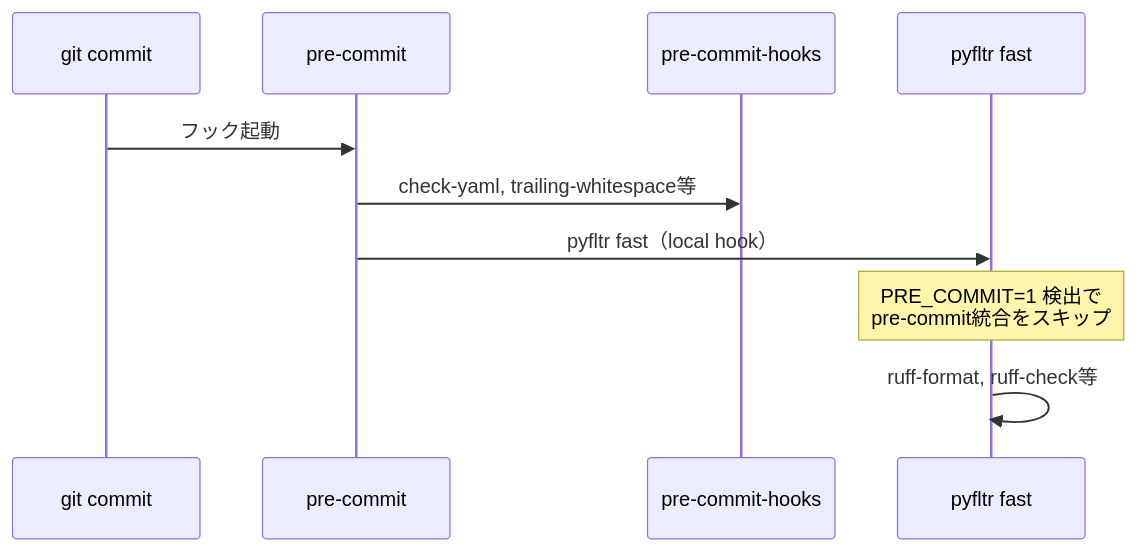
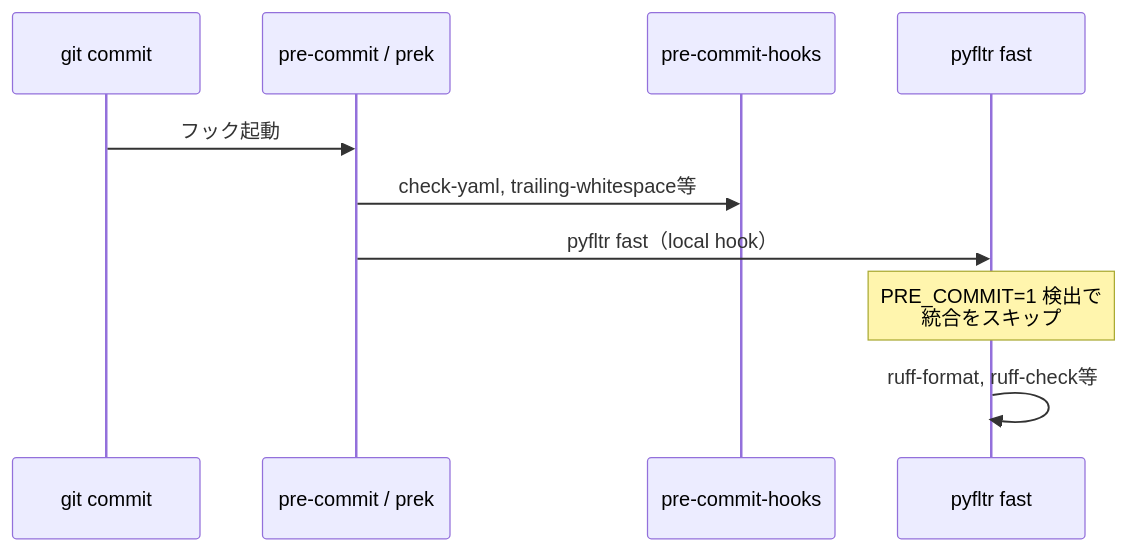
Before and after one commit to ak110/pyfltr: the diagram in docs/guide/recommended.md, drawn with Mermaid. The commit also changed other lines of this file and 41 other files, not shown here.

````diff
--- a/docs/guide/recommended.md
+++ b/docs/guide/recommended.md
@@ -244,13 +244,13 @@
 ```mermaid
 sequenceDiagram
     participant U as git commit
-    participant PC as pre-commit
+    participant PC as pre-commit / prek
     participant PH as pre-commit-hooks
     participant PF as pyfltr fast
 
     U->>PC: フック起動
     PC->>PH: check-yaml, trailing-whitespace等
     PC->>PF: pyfltr fast（local hook）
-    Note over PF: PRE_COMMIT=1 検出で<br/>pre-commit統合をスキップ
+    Note over PF: PRE_COMMIT=1 検出で<br/>統合をスキップ
     PF->>PF: ruff-format, ruff-check等
 ```
````
